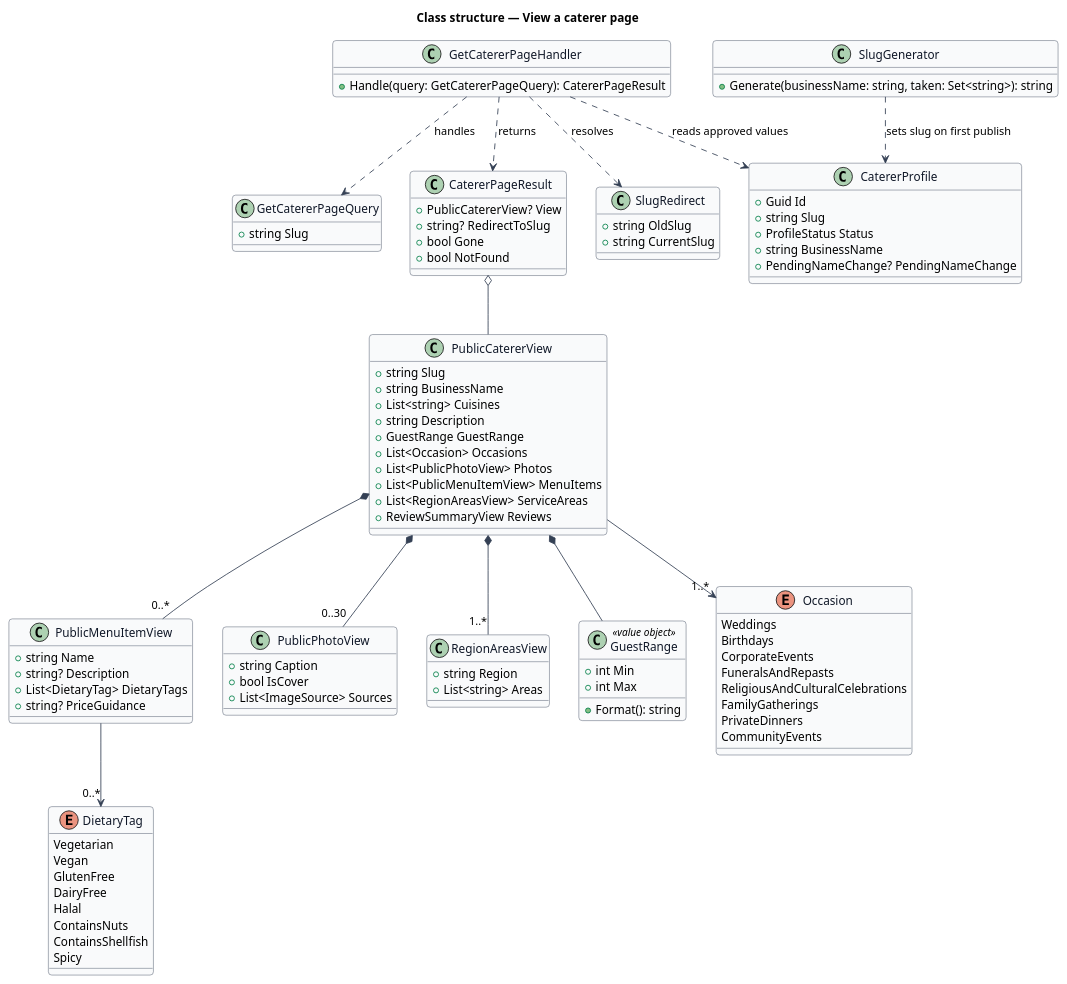
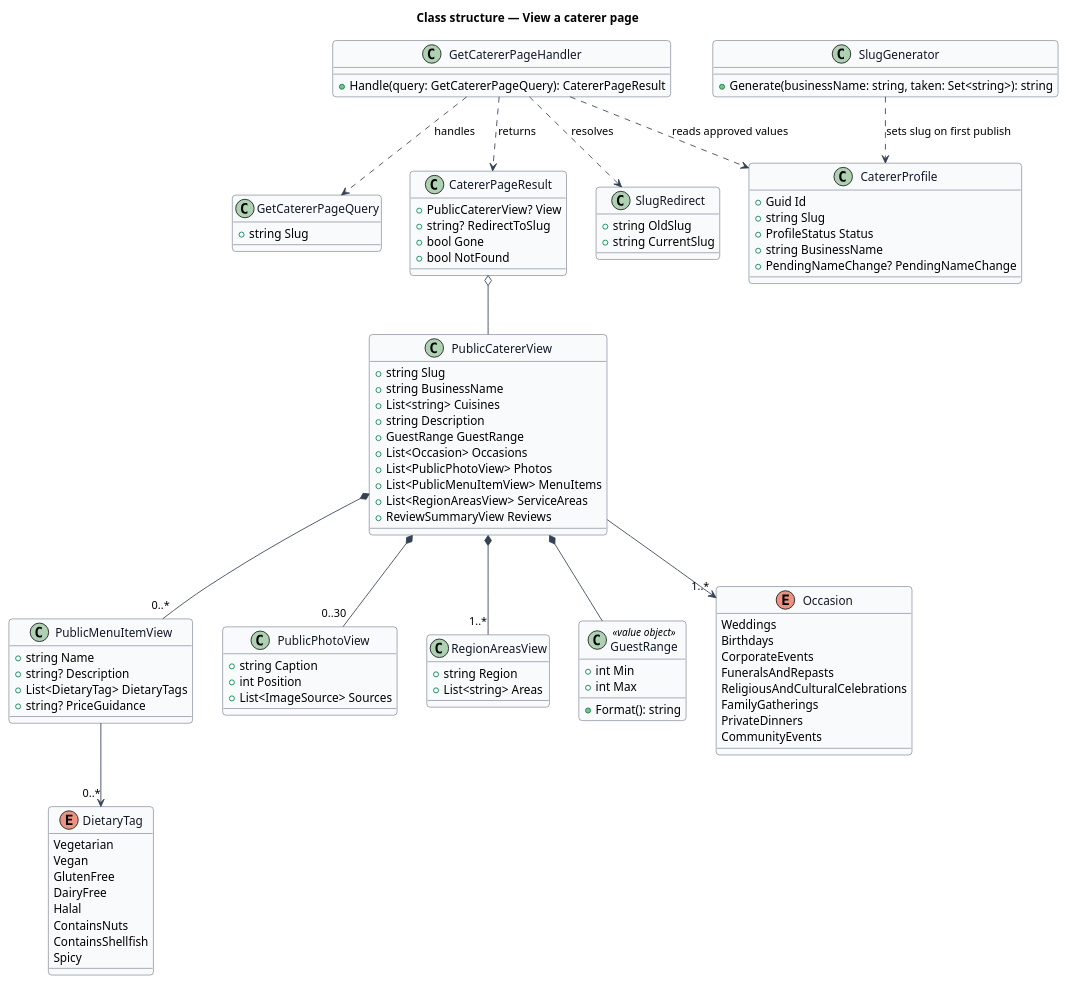
One commit to QuinntyneBrown/sweet-hand changed the diagram in docs/detailed-designs/discovery/view-caterer-page/diagrams/class-structure.puml. Above: the diagram before and after it, drawn with PlantUML. The commit also changed 58 other files, not shown here.

```diff
--- a/docs/detailed-designs/discovery/view-caterer-page/diagrams/class-structure.puml
+++ b/docs/detailed-designs/discovery/view-caterer-page/diagrams/class-structure.puml
@@ -1,105 +1,105 @@
 @startuml
 skinparam backgroundColor #FFFFFF
 skinparam shadowing false
 skinparam roundcorner 8
 skinparam defaultFontName Arial
 skinparam ArrowColor #344054
 skinparam class {
   BorderColor #344054
   FontColor #101828
   BackgroundColor #F9FAFB
 }
 title Class structure — View a caterer page
 
 class GetCatererPageQuery {
   +string Slug
 }
 class GetCatererPageHandler {
   +Handle(query: GetCatererPageQuery): CatererPageResult
 }
 class CatererPageResult {
   +PublicCatererView? View
   +string? RedirectToSlug
   +bool Gone
   +bool NotFound
 }
 class PublicCatererView {
   +string Slug
   +string BusinessName
   +List<string> Cuisines
   +string Description
   +GuestRange GuestRange
   +List<Occasion> Occasions
   +List<PublicPhotoView> Photos
   +List<PublicMenuItemView> MenuItems
   +List<RegionAreasView> ServiceAreas
   +ReviewSummaryView Reviews
 }
 class PublicMenuItemView {
   +string Name
   +string? Description
   +List<DietaryTag> DietaryTags
   +string? PriceGuidance
 }
 class PublicPhotoView {
   +string Caption
-  +bool IsCover
+  +int Position
   +List<ImageSource> Sources
 }
 class RegionAreasView {
   +string Region
   +List<string> Areas
 }
 class GuestRange <<value object>> {
   +int Min
   +int Max
   +Format(): string
 }
 enum Occasion {
   Weddings
   Birthdays
   CorporateEvents
   FuneralsAndRepasts
   ReligiousAndCulturalCelebrations
   FamilyGatherings
   PrivateDinners
   CommunityEvents
 }
 enum DietaryTag {
   Vegetarian
   Vegan
   GlutenFree
   DairyFree
   Halal
   ContainsNuts
   ContainsShellfish
   Spicy
 }
 class SlugGenerator {
   +Generate(businessName: string, taken: Set<string>): string
 }
 class SlugRedirect {
   +string OldSlug
   +string CurrentSlug
 }
 class CatererProfile {
   +Guid Id
   +string Slug
   +ProfileStatus Status
   +string BusinessName
   +PendingNameChange? PendingNameChange
 }
 
 GetCatererPageHandler ..> GetCatererPageQuery : handles
 GetCatererPageHandler ..> CatererPageResult : returns
 GetCatererPageHandler ..> CatererProfile : reads approved values
 GetCatererPageHandler ..> SlugRedirect : resolves
 CatererPageResult o-- PublicCatererView
 PublicCatererView *-- GuestRange
 PublicCatererView *-- "0..*" PublicMenuItemView
 PublicCatererView *-- "0..30" PublicPhotoView
 PublicCatererView *-- "1..*" RegionAreasView
 PublicCatererView --> "1..*" Occasion
 PublicMenuItemView --> "0..*" DietaryTag
 SlugGenerator ..> CatererProfile : sets slug on first publish
 @enduml
```
